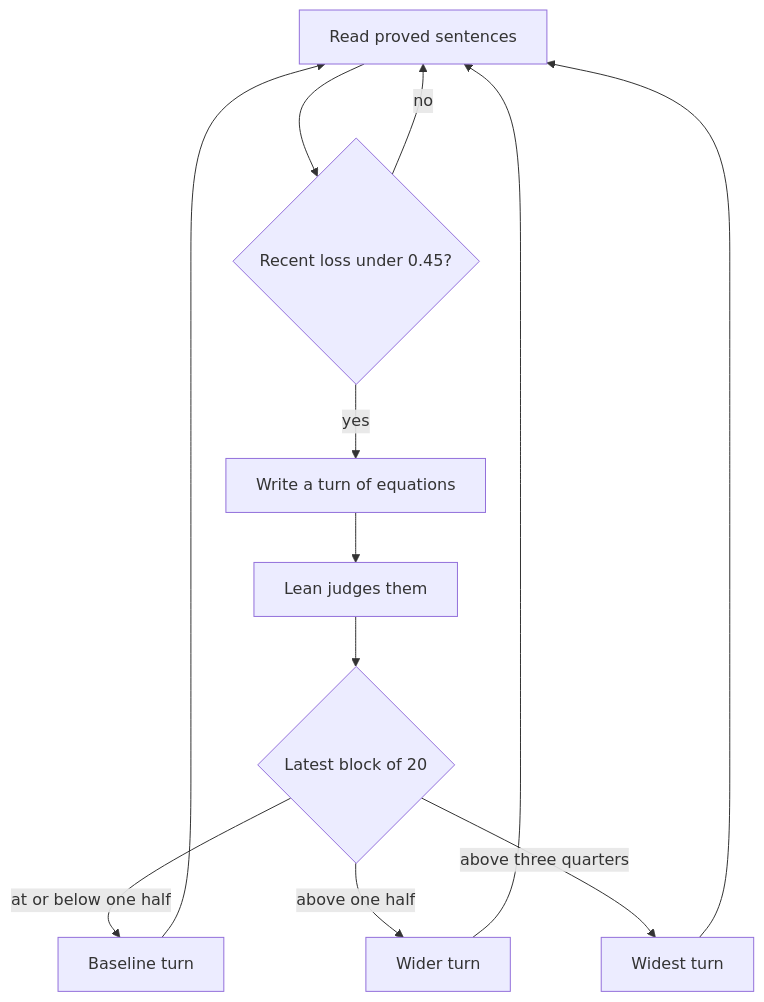
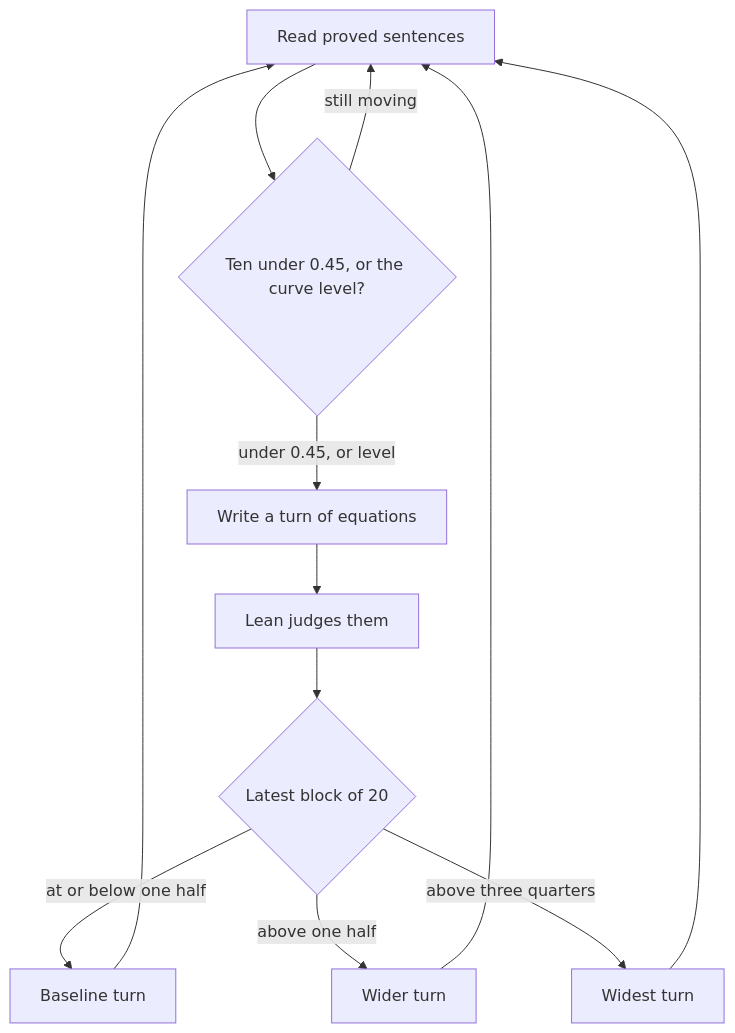
The second of 2 diagrams in docs/what-the-run-can-show.md (p-zielinski/theorem-gen), drawn with Mermaid before and after one commit. The commit also changed other lines of this file and 22 other files, not shown here.

````diff
--- a/docs/what-the-run-can-show.md
+++ b/docs/what-the-run-can-show.md
@@ -71,14 +72,14 @@
 ```mermaid
 flowchart TD
-  read[Read proved sentences] --> loss{Recent loss under 0.45?}
-  loss -->|no| read
-  loss -->|yes| write[Write a turn of equations]
+  read[Read proved sentences] --> loss{Ten under 0.45, or the curve level?}
+  loss -->|still moving| read
+  loss -->|under 0.45, or level| write[Write a turn of equations]
   write --> judge[Lean judges them]
   judge --> block{Latest block of 20}
   block -->|at or below one half| base[Baseline turn]
   block -->|above one half| wide[Wider turn]
   block -->|above three quarters| widest[Widest turn]
   base --> read
   wide --> read
   widest --> read
 ```
````
